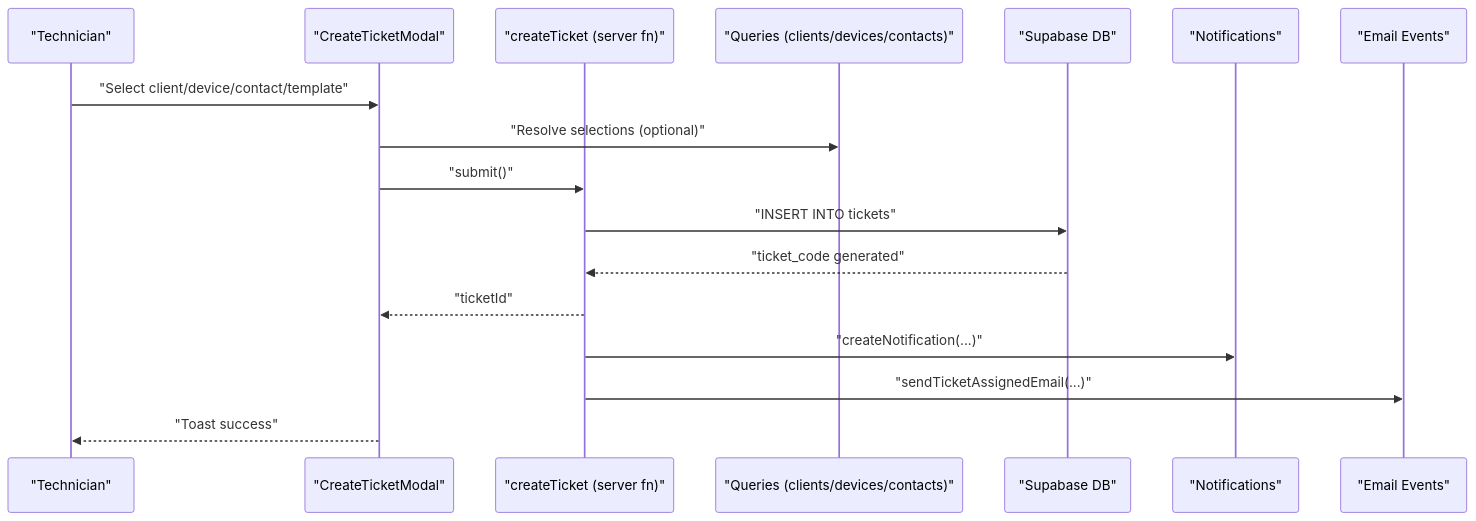
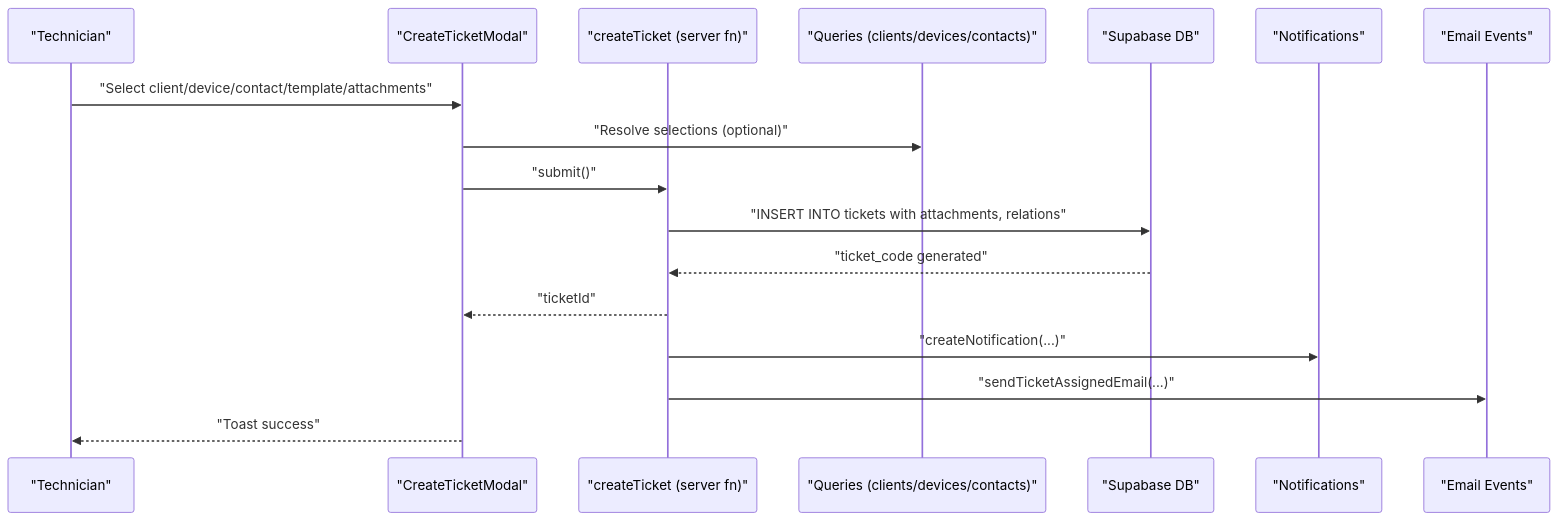
One commit to gastaldellomarco/pcReady changed the third of 14 diagrams in .qoder/repowiki/en/content/Ticket Management System/Ticket Management System.md. Above: the diagram before and after it, drawn with Mermaid. The commit also changed other lines of this file and 19 other files, not shown here.

````diff
--- a/.qoder/repowiki/en/content/Ticket Management System/Ticket Management System.md
+++ b/.qoder/repowiki/en/content/Ticket Management System/Ticket Management System.md
@@ -187,19 +236,19 @@
 ```mermaid
 sequenceDiagram
 participant Tech as "Technician"
 participant CTM as "CreateTicketModal"
 participant SF as "createTicket (server fn)"
 participant Q as "Queries (clients/devices/contacts)"
 participant DB as "Supabase DB"
 participant Notif as "Notifications"
 participant Mail as "Email Events"
-Tech->>CTM : "Select client/device/contact/template"
+Tech->>CTM : "Select client/device/contact/template/attachments"
 CTM->>Q : "Resolve selections (optional)"
 CTM->>SF : "submit()"
-SF->>DB : "INSERT INTO tickets"
+SF->>DB : "INSERT INTO tickets with attachments, relations"
 DB-->>SF : "ticket_code generated"
 SF-->>CTM : "ticketId"
 SF->>Notif : "createNotification(...)"
 SF->>Mail : "sendTicketAssignedEmail(...)"
 CTM-->>Tech : "Toast success"
 ```
````
